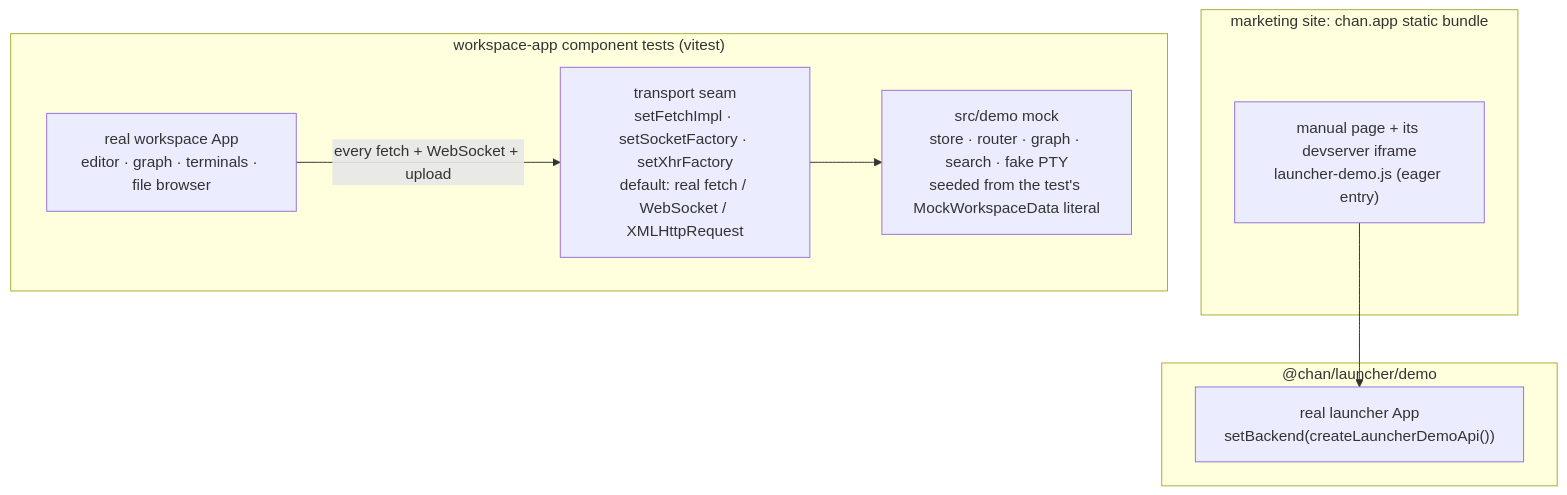
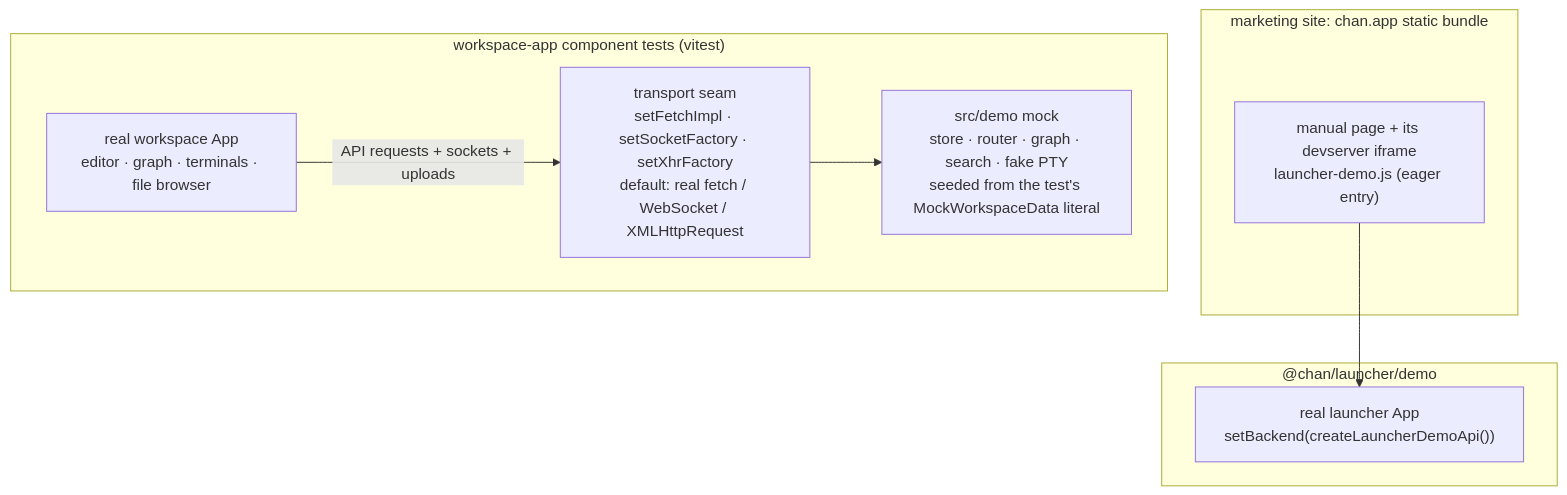
Before and after one commit to fiorix/chan: the second of 3 diagrams in web/packages/workspace-app/src/design.md, drawn with Mermaid. The commit also changed other lines of this file, not shown here.

````diff
--- a/web/packages/workspace-app/src/design.md
+++ b/web/packages/workspace-app/src/design.md
@@ -79,17 +79,17 @@
 ```mermaid
 flowchart TB
     subgraph site["marketing site: chan.app static bundle"]
         MAN["manual page + its devserver iframe<br/>launcher-demo.js (eager entry)"]
     end
     subgraph ldemo["@chan/launcher/demo"]
         L["real launcher App<br/>setBackend(createLauncherDemoApi())"]
     end
     subgraph tests["workspace-app component tests (vitest)"]
         W["real workspace App<br/>editor · graph · terminals · file browser"]
         SEAM["transport seam<br/>setFetchImpl · setSocketFactory · setXhrFactory<br/>default: real fetch / WebSocket / XMLHttpRequest"]
         MOCK["src/demo mock<br/>store · router · graph · search · fake PTY<br/>seeded from the test's MockWorkspaceData literal"]
     end
     MAN --> L
-    W -->|every fetch + WebSocket + upload| SEAM
+    W -->|API requests + sockets + uploads| SEAM
     SEAM --> MOCK
 ```
````
